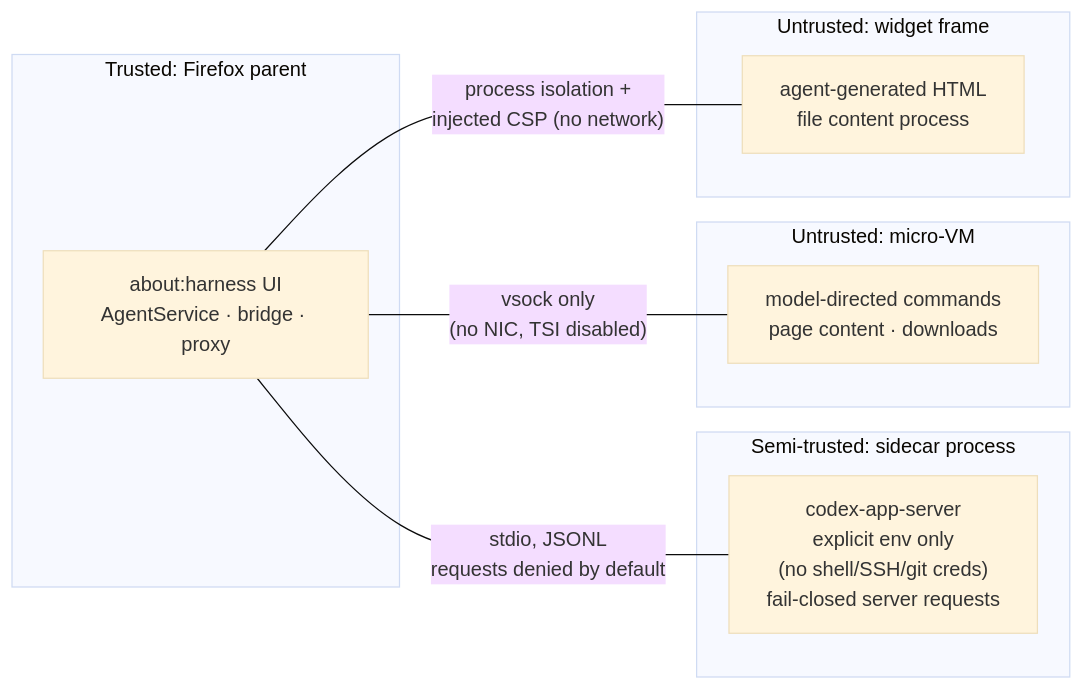
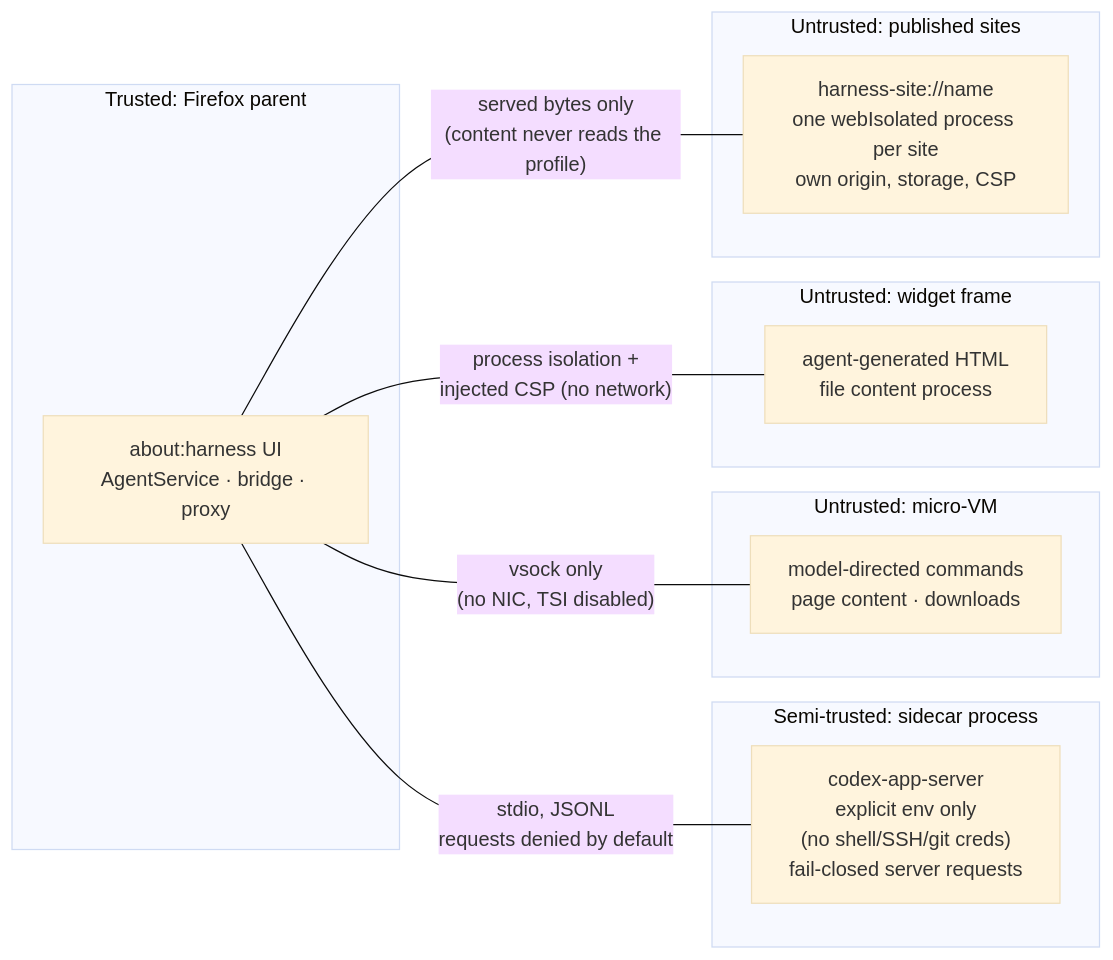
Before and after one commit to bgrins/firefox: the second of 3 diagrams in browser/components/harness/docs/architecture.md, drawn with Mermaid (base theme). The commit also changed other lines of this file, not shown here.

Commit message:
harness docs: architecture overview covers sites, image delivery, overlay rootfs, apply_patch, journal

````diff
--- a/browser/components/harness/docs/architecture.md
+++ b/browser/components/harness/docs/architecture.md
@@ -58,19 +64,23 @@
 ```mermaid
 flowchart LR
     subgraph zone1["Trusted: Firefox parent"]
         A["about:harness UI<br/>AgentService · bridge · proxy"]
     end
     subgraph zone2["Semi-trusted: sidecar process"]
         B["codex-app-server<br/>explicit env only<br/>(no shell/SSH/git creds)<br/>fail-closed server requests"]
     end
     subgraph zone3["Untrusted: micro-VM"]
         C["model-directed commands<br/>page content · downloads"]
     end
     subgraph zone4["Untrusted: widget frame"]
         D["agent-generated HTML<br/>file content process"]
     end
+    subgraph zone5["Untrusted: published sites"]
+        E["harness-site://name<br/>one webIsolated process per site<br/>own origin, storage, CSP"]
+    end
 
     A ---|"stdio, JSONL<br/>requests denied by default"| B
     A ---|"vsock only<br/>(no NIC, TSI disabled)"| C
     A ---|"process isolation +<br/>injected CSP (no network)"| D
+    A ---|"served bytes only<br/>(content never reads the profile)"| E
 ```
````
